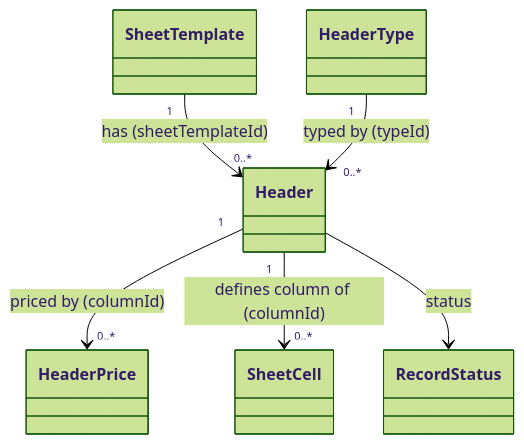
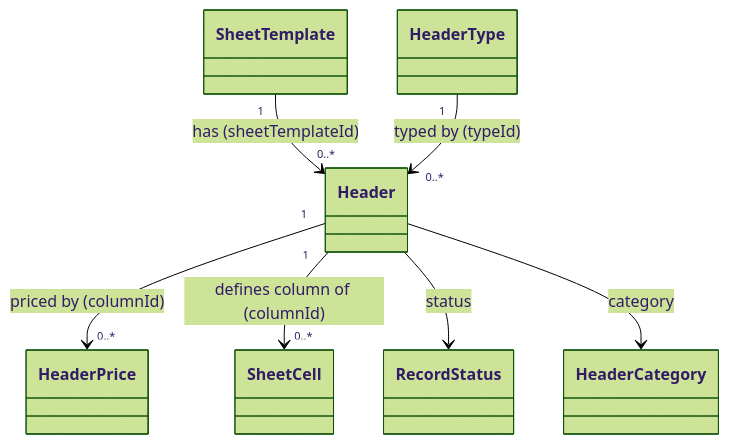
One commit to MinamiyamaKotaro/m3_pad changed the diagram in docs/design/lib/src/features/voucher/domain/entities/header.md. Above: the diagram before and after it, drawn with Mermaid (forest theme). The commit also changed other lines of this file and 90 other files, not shown here.

````diff
--- a/docs/design/lib/src/features/voucher/domain/entities/header.md
+++ b/docs/design/lib/src/features/voucher/domain/entities/header.md
@@ -14,8 +15,9 @@
 ```mermaid
 classDiagram
     SheetTemplate "1" --> "0..*" Header : has (sheetTemplateId)
     HeaderType "1" --> "0..*" Header : typed by (typeId)
     Header "1" --> "0..*" HeaderPrice : priced by (columnId)
     Header "1" --> "0..*" SheetCell : defines column of (columnId)
     Header --> RecordStatus : status
+    Header --> HeaderCategory : category
 ```
````
